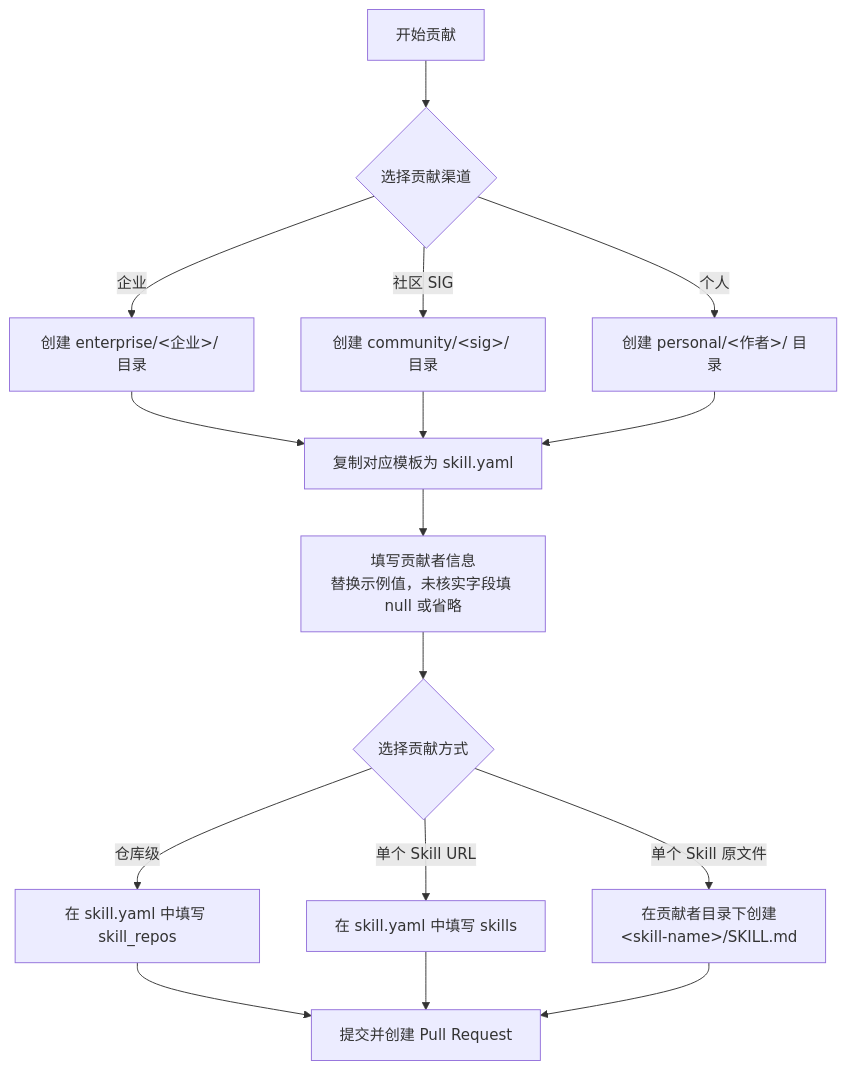
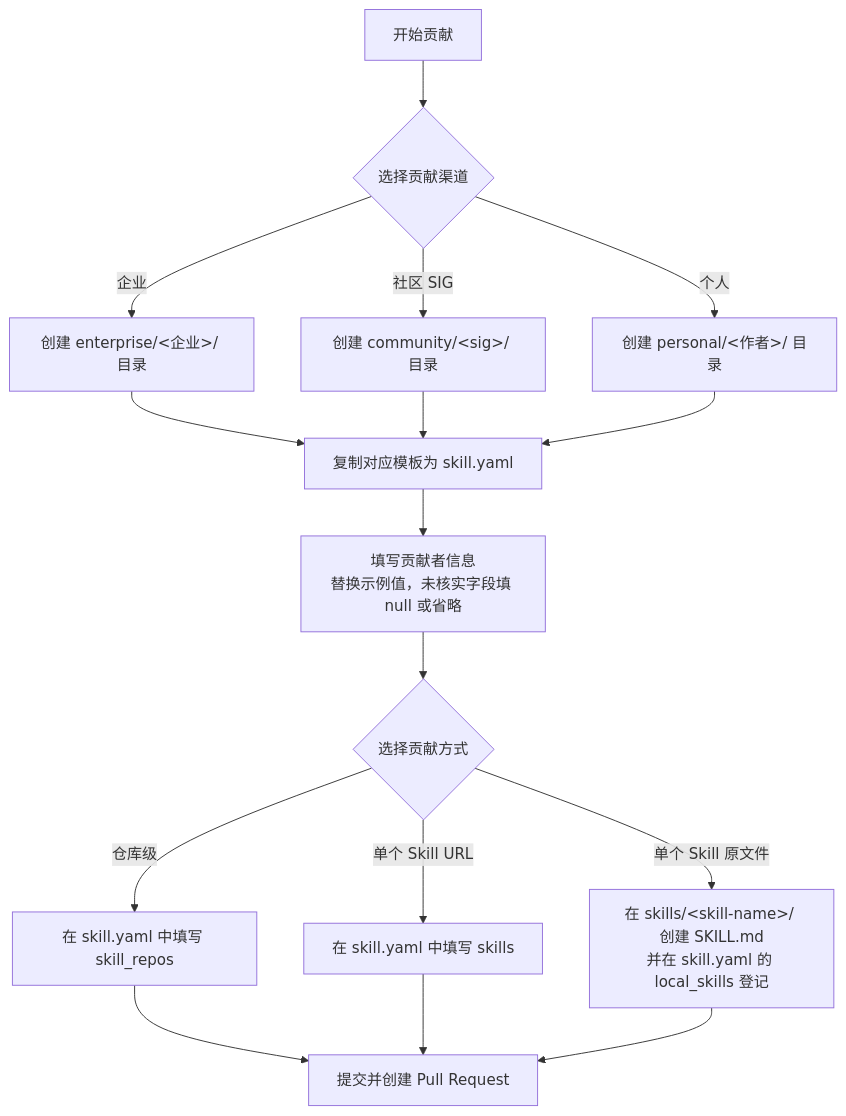
The diagram in README.md (openeuler-mirror/openEuler-skills), drawn with Mermaid before and after one commit. The commit also changed other lines of this file and 4 other files, not shown here.

First line of the commit message:
docs: 更新 Skill 原文件贡献方式为 local_skills

````diff
--- a/README.md
+++ b/README.md
@@ -123,22 +134,22 @@
 ```mermaid
 flowchart TD
     A[开始贡献] --> B{选择贡献渠道}
     B -->|企业| C1[创建 enterprise/&lt;企业&gt;/ 目录]
     B -->|社区 SIG| C2[创建 community/&lt;sig&gt;/ 目录]
     B -->|个人| C3[创建 personal/&lt;作者&gt;/ 目录]
 
     C1 --> D[复制对应模板为 skill.yaml]
     C2 --> D
     C3 --> D
 
     D --> E[填写贡献者信息<br/>替换示例值，未核实字段填 null 或省略]
     E --> F{选择贡献方式}
 
     F -->|仓库级| G1[在 skill.yaml 中填写 skill_repos]
     F -->|单个 Skill URL| G2[在 skill.yaml 中填写 skills]
-    F -->|单个 Skill 原文件| G3[在贡献者目录下创建<br/>&lt;skill-name&gt;/SKILL.md]
+    F -->|单个 Skill 原文件| G3[在 skills/&lt;skill-name&gt;/ 创建 SKILL.md<br/>并在 skill.yaml 的 local_skills 登记]
 
     G1 --> H[提交并创建 Pull Request]
     G2 --> H
     G3 --> H
 ```
````
